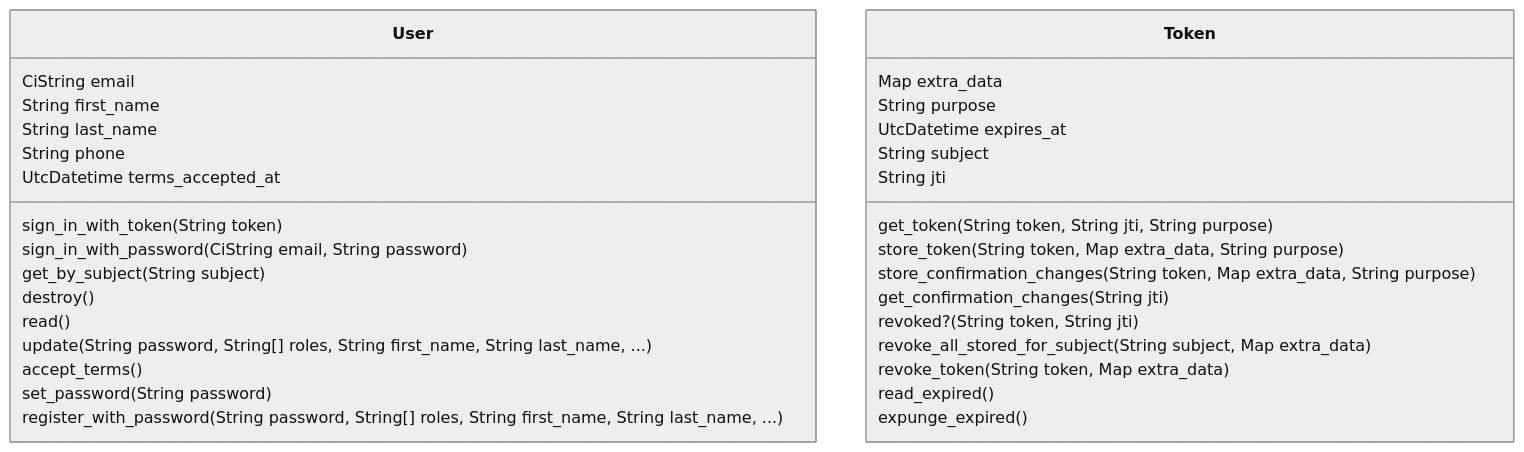
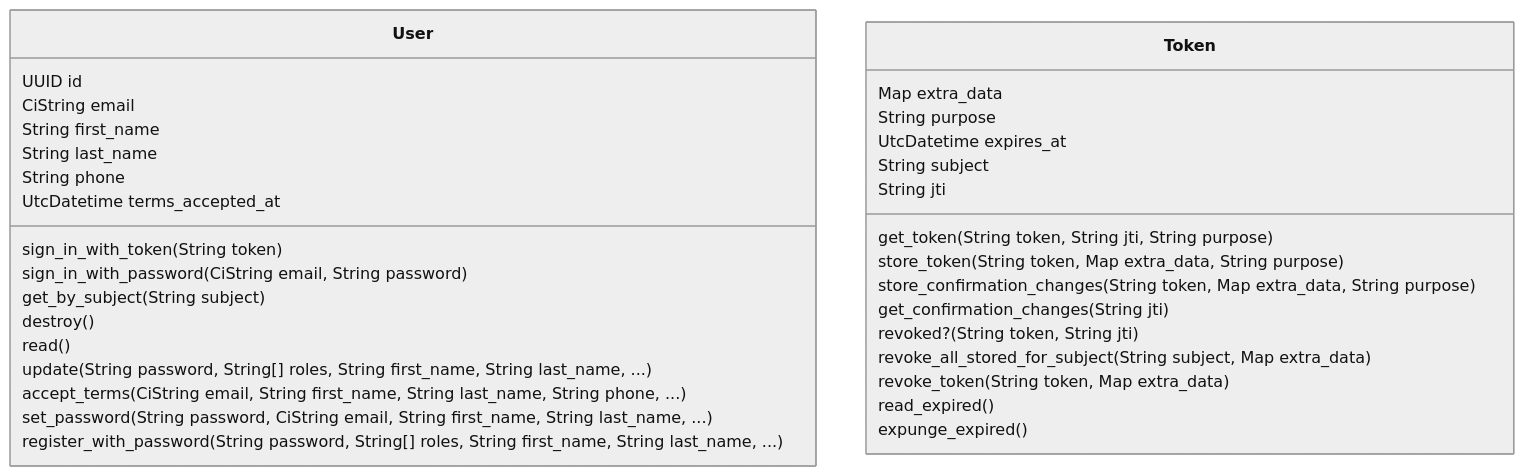
Before and after one commit to zebbra/data_aggregator: the diagram in lib/data_aggregator/accounts/accounts-mermaid-class-diagram.md, drawn with Mermaid (neutral theme). The commit also changed 3 other files, not shown here.

````diff
--- a/lib/data_aggregator/accounts/accounts-mermaid-class-diagram.md
+++ b/lib/data_aggregator/accounts/accounts-mermaid-class-diagram.md
@@ -1,38 +1,39 @@
 ```mermaid
 classDiagram
     class User {
+        UUID id
         CiString email
         String first_name
         String last_name
         String phone
         UtcDatetime terms_accepted_at
         sign_in_with_token(String token)
         sign_in_with_password(CiString email, String password)
         get_by_subject(String subject)
         destroy()
         read()
         update(String password, String[] roles, String first_name, String last_name, ...)
-        accept_terms()
-        set_password(String password)
+        accept_terms(CiString email, String first_name, String last_name, String phone, ...)
+        set_password(String password, CiString email, String first_name, String last_name, ...)
         register_with_password(String password, String[] roles, String first_name, String last_name, ...)
     }
     class Token {
         Map extra_data
         String purpose
         UtcDatetime expires_at
         String subject
         String jti
         get_token(String token, String jti, String purpose)
         store_token(String token, Map extra_data, String purpose)
         store_confirmation_changes(String token, Map extra_data, String purpose)
         get_confirmation_changes(String jti)
         revoked?(String token, String jti)
         revoke_all_stored_for_subject(String subject, Map extra_data)
         revoke_token(String token, Map extra_data)
         read_expired()
         expunge_expired()
     }
 
 
 
 ```
````
